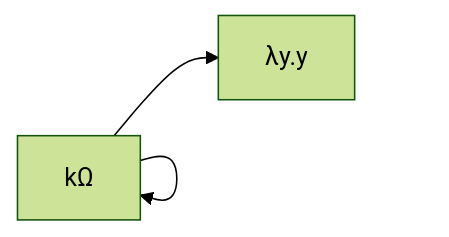
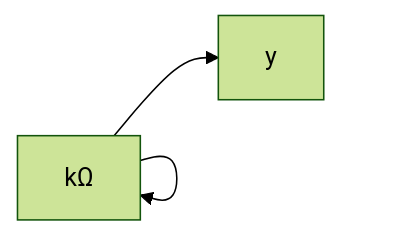
Before and after one commit to SuperSamus/appunti-universitari: the second of 3 diagrams in Paradigmi di programmazione/λ-calcolo/β-riduzione.md, drawn with Mermaid (forest theme). The commit also changed other lines of this file, not shown here.

````diff
--- a/Paradigmi di programmazione/λ-calcolo/β-riduzione.md
+++ b/Paradigmi di programmazione/λ-calcolo/β-riduzione.md
@@ -57,4 +56,4 @@
 ```mermaid
 flowchart LR
-A[kΩ] --> A & B[λy.y]
+A[kΩ] --> A & y
 ```
````
